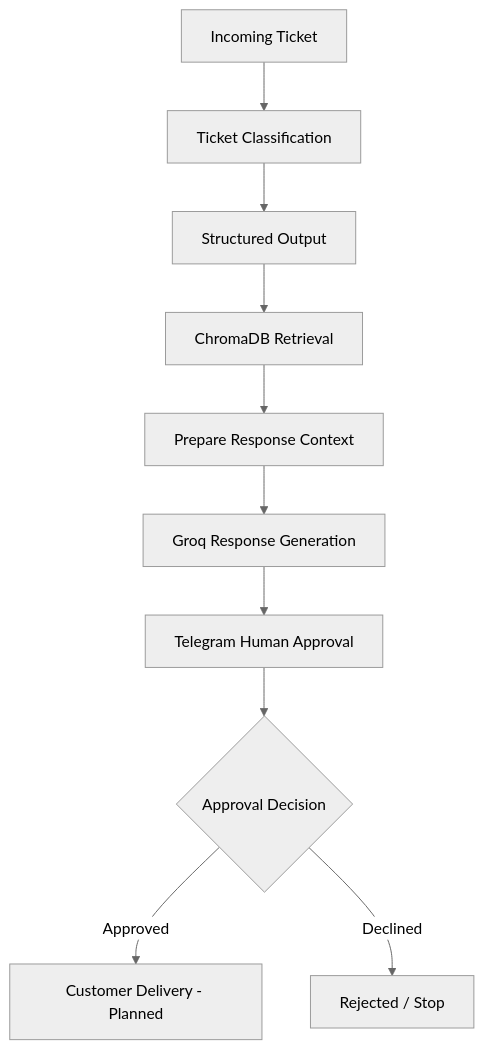
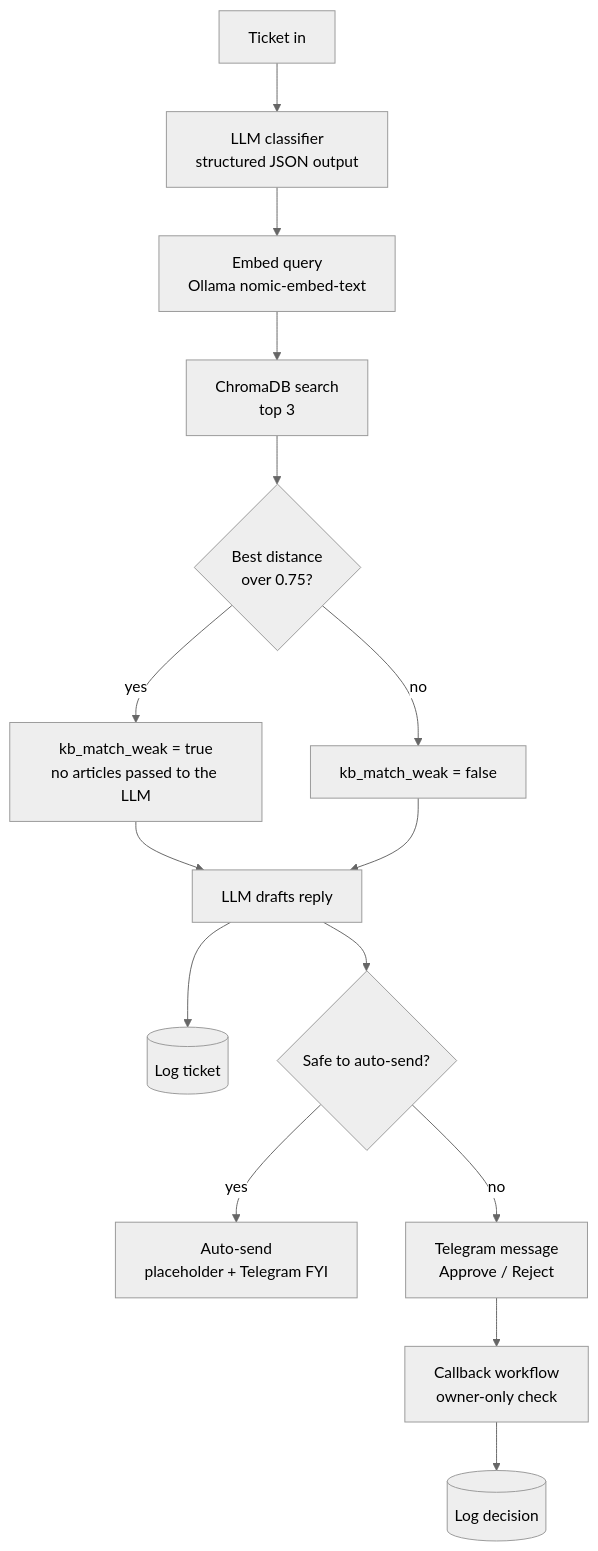
One commit to naziwoprc/Brightboard-AI-Support-Agent changed the diagram in README.md. Above: the diagram before and after it, drawn with Mermaid (neutral theme). The commit also changed other lines of this file and 7 other files, not shown here.

````diff
--- a/README.md
+++ b/README.md
@@ -97,12 +23,17 @@
 ```mermaid
 flowchart TD
-    A[Incoming Ticket] --> B[Ticket Classification]
-    B --> C[Structured Output]
-    C --> D[ChromaDB Retrieval]
-    D --> E[Prepare Response Context]
-    E --> F[Groq Response Generation]
-    F --> G[Telegram Human Approval]
-    G --> H{Approval Decision}
-    H -->|Approved| I[Customer Delivery - Planned]
-    H -->|Declined| J[Rejected / Stop]
+    A[Ticket in] --> B[LLM classifier<br/>structured JSON output]
+    B --> C[Embed query<br/>Ollama nomic-embed-text]
+    C --> D[ChromaDB search<br/>top 3]
+    D --> E{Best distance<br/>over 0.75?}
+    E -- yes --> F[kb_match_weak = true<br/>no articles passed to the LLM]
+    E -- no --> G[kb_match_weak = false]
+    F --> H[LLM drafts reply]
+    G --> H
+    H --> I[(Log ticket)]
+    H --> J{Safe to auto-send?}
+    J -- yes --> K[Auto-send<br/>placeholder + Telegram FYI]
+    J -- no --> L[Telegram message<br/>Approve / Reject]
+    L --> M[Callback workflow<br/>owner-only check]
+    M --> N[(Log decision)]
 ```
````
